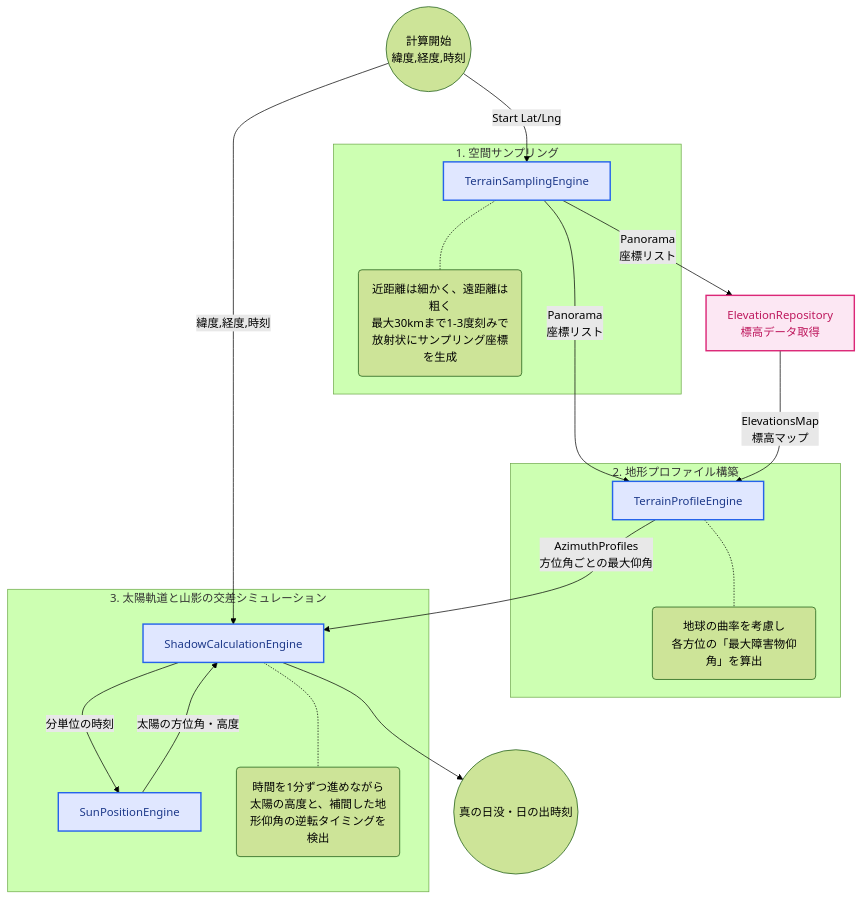
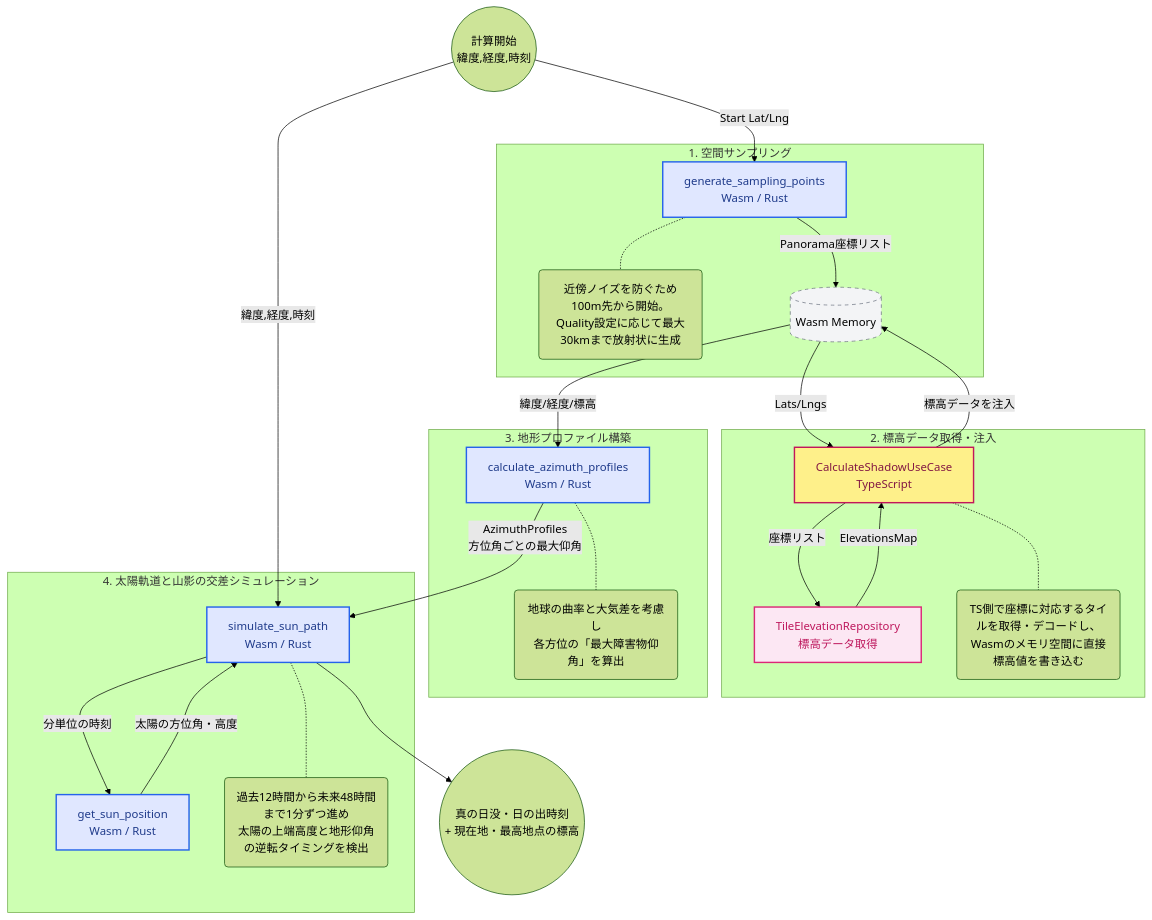
The diagram in docs/architecture/domain-algorithm.jpn.md (tomopumipumi/yamakage), drawn with Mermaid (forest theme) before and after one commit. The commit also changed other lines of this file and 7 other files, not shown here.

````diff
--- a/docs/architecture/domain-algorithm.jpn.md
+++ b/docs/architecture/domain-algorithm.jpn.md
@@ -4,45 +11,56 @@
 ```mermaid
 flowchart TD
-    classDef engine fill:#e0e7ff,stroke:#2563eb,stroke-width:2px,color:#1e3a8a
-    classDef data fill:#f3f4f6,stroke:#6b7280,stroke-width:1px,stroke-dasharray: 5 5
+    classDef wasm fill:#e0e7ff,stroke:#2563eb,stroke-width:2px,color:#1e3a8a
+    classDef ts fill:#fef08a,stroke:#c2165b,stroke-width:2px,color:#831843
+    classDef data fill:#f3f4f6,color:#000,stroke:#6b7280,stroke-width:1px,stroke-dasharray: 5 5
     classDef external fill:#fce7f3,stroke:#db2777,stroke-width:2px,color:#be185d
 
     Start((計算開始<br/>緯度,経度,時刻))
 
     subgraph Phase1 [1. 空間サンプリング]
-        TSE[TerrainSamplingEngine]:::engine
-        Note1(近距離は細かく、遠距離は粗く<br/>最大30kmまで1-3度刻みで放射状にサンプリング座標を生成)
+        TSE[generate_sampling_points<br/>Wasm / Rust]:::wasm
+        Note1(近傍ノイズを防ぐため100m先から開始。<br/>Quality設定に応じて最大30kmまで放射状に生成)
+        TPE_MEM[(Wasm Memory)]:::data
         TSE -.- Note1
     end
 
-    Repo[ElevationRepository<br/>標高データ取得]:::external
-
-    subgraph Phase2 [2. 地形プロファイル構築]
-        TPE[TerrainProfileEngine]:::engine
-        Note2(地球の曲率を考慮し<br/>各方位の「最大障害物仰角」を算出)
-        TPE -.- Note2
+    subgraph Phase2 [2. 標高データ取得・注入]
+        UseCase[CalculateShadowUseCase<br/>TypeScript]:::ts
+        Repo[TileElevationRepository<br/>標高データ取得]:::external
+        Note2(TS側で座標に対応するタイルを取得・デコードし、<br/>Wasmのメモリ空間に直接標高値を書き込む)
+        UseCase -.- Note2
     end
 
-    subgraph Phase3 [3. 太陽軌道と山影の交差シミュレーション]
-        SCE[ShadowCalculationEngine]:::engine
-        SPE[SunPositionEngine]:::engine
-        Note3(時間を1分ずつ進めながら太陽の高度と、補間した地形仰角の逆転タイミングを検出)
+    subgraph Phase3 [3. 地形プロファイル構築]
+        TPE[calculate_azimuth_profiles<br/>Wasm / Rust]:::wasm
+        Note3(地球の曲率と大気差を考慮し<br/>各方位の「最大障害物仰角」を算出)
+        TPE -.- Note3
+    end
+
+    subgraph Phase4 [4. 太陽軌道と山影の交差シミュレーション]
+        SCE[simulate_sun_path<br/>Wasm / Rust]:::wasm
+        SPE[get_sun_position<br/>Wasm / Rust]:::wasm
+        Note4(過去12時間から未来48時間まで1分ずつ進め<br/>太陽の上端高度と地形仰角の逆転タイミングを検出)
         
         SCE --> |分単位の時刻| SPE
         SPE --> |太陽の方位角・高度| SCE
-        SCE -.- Note3
+        SCE -.- Note4
     end
 
-    End((真の日没・日の出時刻))
+    End((真の日没・日の出時刻<br/>+ 現在地・最高地点の標高))
 
     Start --> |Start Lat/Lng| TSE
-    TSE --> |Panorama<br/>座標リスト| Repo
+    TSE --> |Panorama座標リスト| TPE_MEM
+    TPE_MEM --> |Lats/Lngs| UseCase
+    UseCase --> |座標リスト| Repo
+    Repo --> |ElevationsMap| UseCase
+    UseCase --> |標高データを注入| TPE_MEM
     
-    TSE --> |Panorama<br/>座標リスト| TPE
-    Repo --> |ElevationsMap<br/>標高マップ| TPE
-    
+    TPE_MEM --> |緯度/経度/標高| TPE
     TPE --> |AzimuthProfiles<br/>方位角ごとの最大仰角| SCE
     Start --> |緯度,経度,時刻| SCE
     
     SCE --> End
+
+
 ```
````
